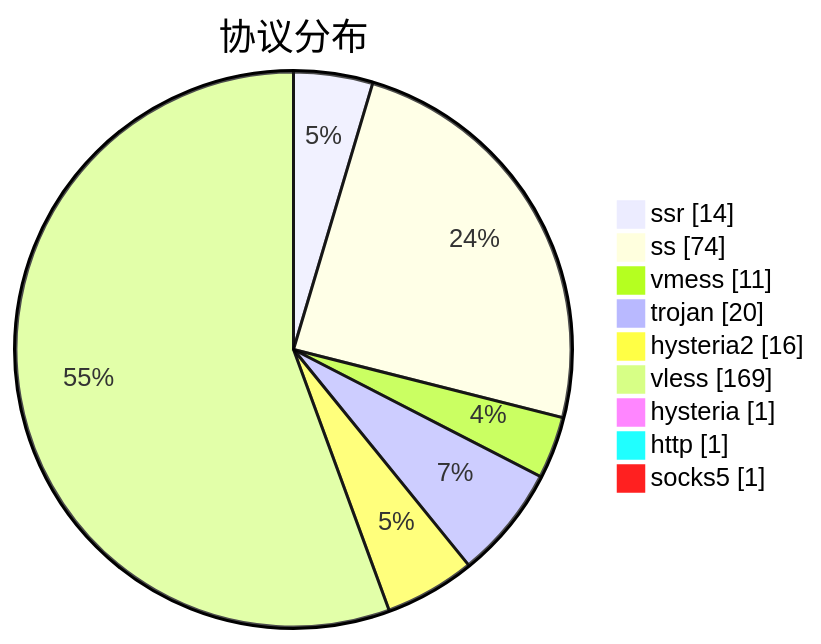
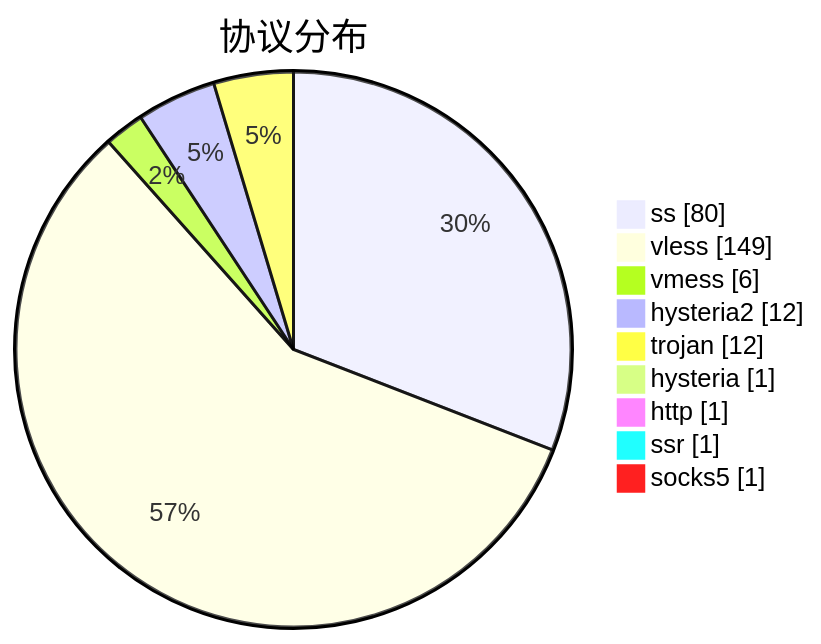
Before and after one commit to sinspired/airport: the third of 3 diagrams in subs/statistics/tested_within.md, drawn with Mermaid. The commit also changed other lines of this file and 2 other files, not shown here.

````diff
--- a/subs/statistics/tested_within.md
+++ b/subs/statistics/tested_within.md
@@ -39,13 +40,13 @@
 ```mermaid
 pie showData
 title 协议分布
-"ssr" : 14
-"ss" : 74
-"vmess" : 11
-"trojan" : 20
-"hysteria2" : 16
-"vless" : 169
+"ss" : 80
+"vless" : 149
+"vmess" : 6
+"hysteria2" : 12
+"trojan" : 12
 "hysteria" : 1
 "http" : 1
+"ssr" : 1
 "socks5" : 1
 ```
````
